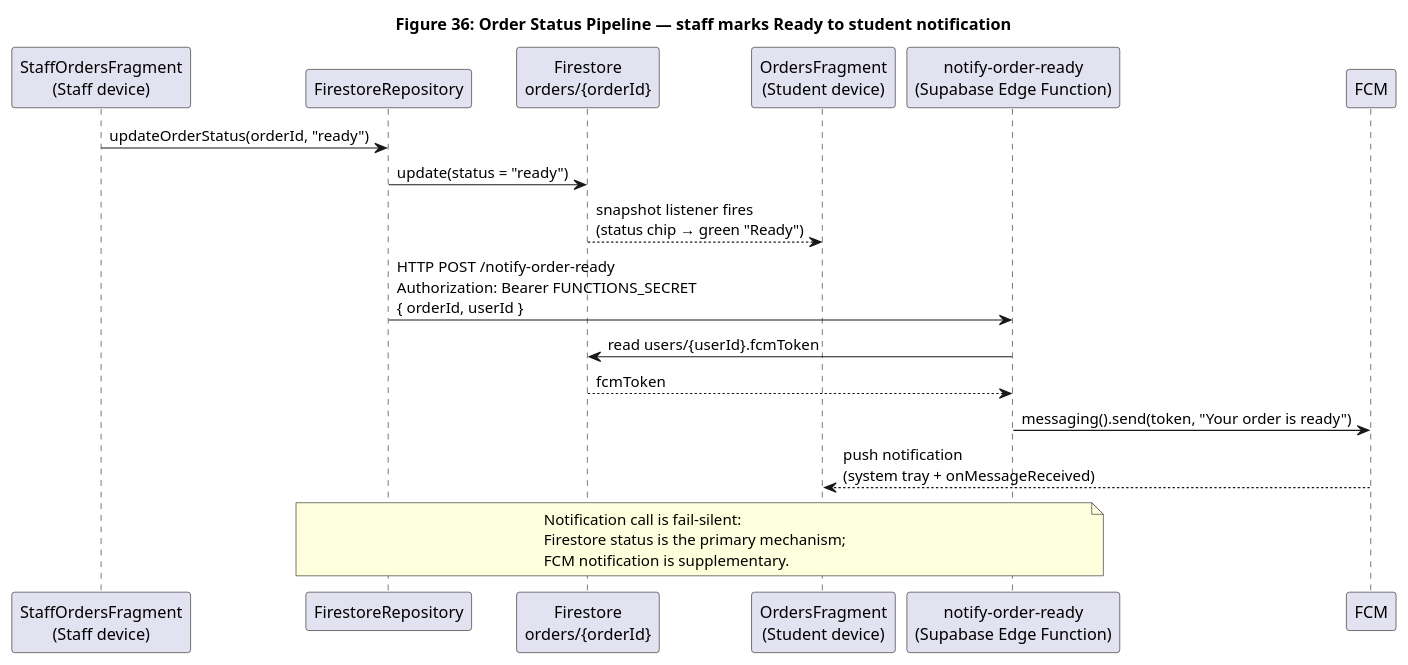
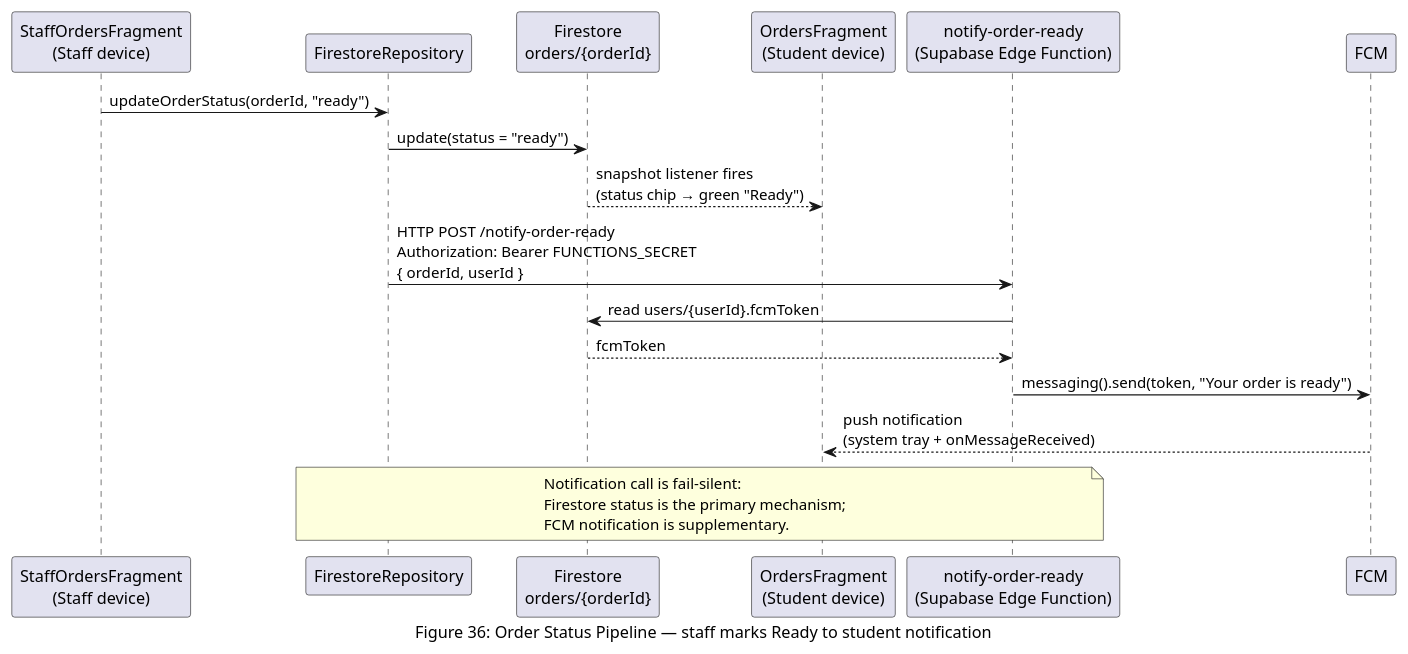
Before and after one commit to Musyonchez/beni-2: the seventh of 12 diagrams in pdf-source/figures/ch-6.md, drawn with PlantUML. The commit also changed other lines of this file and 30 other files, not shown here.

First line of the commit message:
chore: update figures, add generated PNGs, fix figure follow-up paragraphs

````diff
--- a/pdf-source/figures/ch-6.md
+++ b/pdf-source/figures/ch-6.md
@@ -297,28 +297,28 @@
 ```plantuml
 @startuml Figure36_OrderStatusPipeline
 skinparam backgroundColor white
 skinparam defaultFontName Arial
-title Figure 36: Order Status Pipeline — staff marks Ready to student notification
+caption Figure 36: Order Status Pipeline — staff marks Ready to student notification
 
 participant "StaffOrdersFragment\n(Staff device)" as Staff
 participant "FirestoreRepository" as REPO
 participant "Firestore\norders/{orderId}" as FS
 participant "OrdersFragment\n(Student device)" as Student
 participant "notify-order-ready\n(Supabase Edge Function)" as EF
 participant "FCM" as FCM
 
 Staff -> REPO : updateOrderStatus(orderId, "ready")
 REPO -> FS : update(status = "ready")
 FS --> Student : snapshot listener fires\n(status chip → green "Ready")
 REPO -> EF : HTTP POST /notify-order-ready\nAuthorization: Bearer FUNCTIONS_SECRET\n{ orderId, userId }
 EF -> FS : read users/{userId}.fcmToken
 FS --> EF : fcmToken
 EF -> FCM : messaging().send(token, "Your order is ready")
 FCM --> Student : push notification\n(system tray + onMessageReceived)
 note over REPO, EF
   Notification call is fail-silent:
   Firestore status is the primary mechanism;
   FCM notification is supplementary.
 end note
 @enduml
 ```
````
